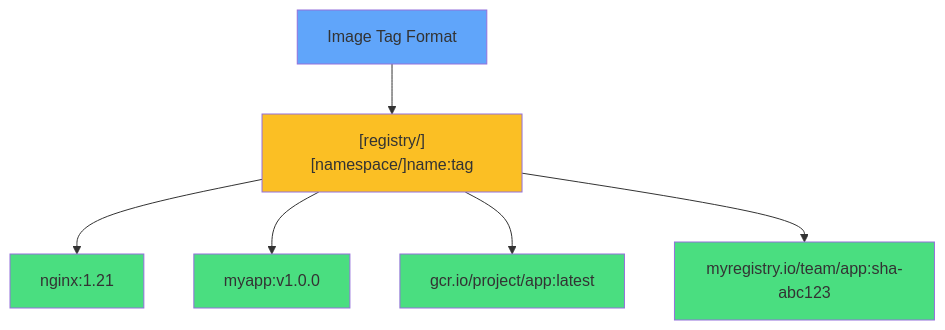
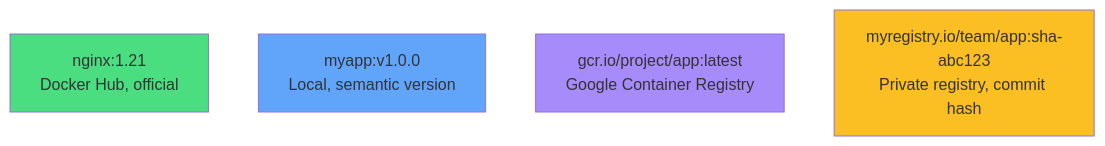
The sixth of 8 diagrams in slides/docker/slides.md (courselabs/kubernetes), drawn with Mermaid before and after one commit. The commit also changed other lines of this file and 5 other files, not shown here.

````diff
--- a/slides/docker/slides.md
+++ b/slides/docker/slides.md
@@ -302,14 +335,11 @@
 ```mermaid
 graph TB
-    T["Image Tag Format"] --> R["[registry/][namespace/]name:tag"]
-    R --> E1["nginx:1.21"]
-    R --> E2["myapp:v1.0.0"]
-    R --> E3["gcr.io/project/app:latest"]
-    R --> E4["myregistry.io/team/app:sha-abc123"]
-    style T fill:#60a5fa
-    style R fill:#fbbf24
+    E1["nginx:1.21<br/>Docker Hub, official"]
+    E2["myapp:v1.0.0<br/>Local, semantic version"]
+    E3["gcr.io/project/app:latest<br/>Google Container Registry"]
+    E4["myregistry.io/team/app:sha-abc123<br/>Private registry, commit hash"]
     style E1 fill:#4ade80
-    style E2 fill:#4ade80
-    style E3 fill:#4ade80
-    style E4 fill:#4ade80
+    style E2 fill:#60a5fa
+    style E3 fill:#a78bfa
+    style E4 fill:#fbbf24
 ```
````
